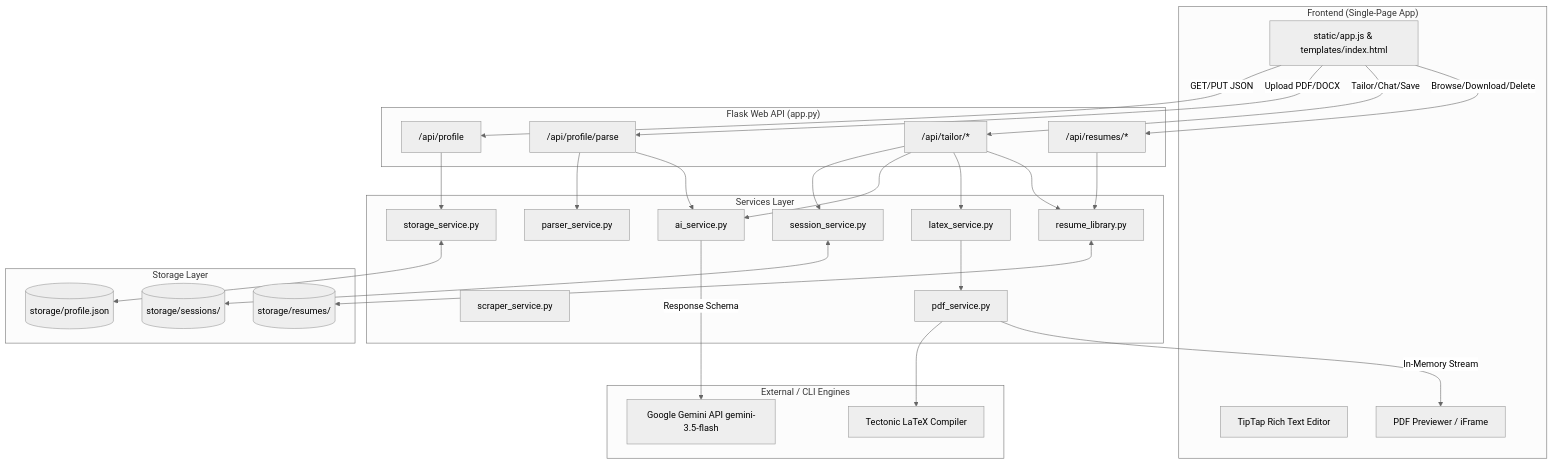
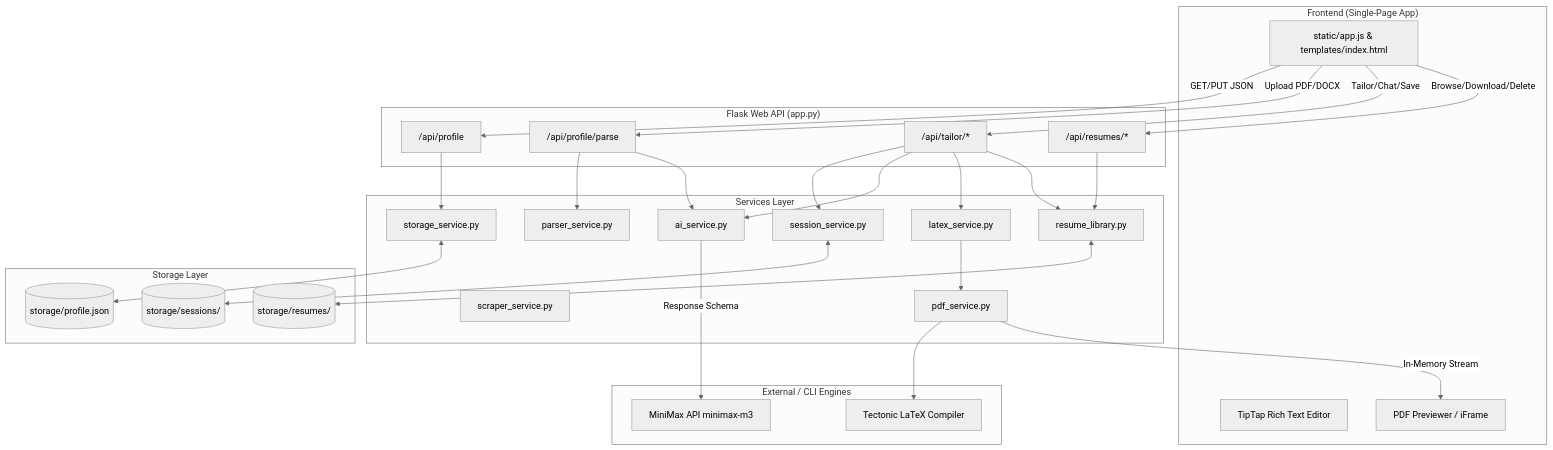
One commit to Hima-11-works/BuildR changed the diagram in HANDOFF.md. Above: the diagram before and after it, drawn with Mermaid (neutral theme). The commit also changed other lines of this file and 1 other file, not shown here.

Commit message:
feat: migrate AI integration from Google Gemini to MiniMax API

````diff
--- a/HANDOFF.md
+++ b/HANDOFF.md
@@ -93,63 +93,63 @@
 ```mermaid
 flowchart TD
     subgraph Frontend ["Frontend (Single-Page App)"]
         UI[static/app.js & templates/index.html]
         TipTap[TipTap Rich Text Editor]
         PDFViewer[PDF Previewer / iFrame]
     end
 
     subgraph API ["Flask Web API (app.py)"]
         ProfileAPI["/api/profile"]
         ParseAPI["/api/profile/parse"]
         TailorAPI["/api/tailor/*"]
         LibraryAPI["/api/resumes/*"]
     end
 
     subgraph Logic ["Services Layer"]
         StorageSvc[storage_service.py]
         AISvc[ai_service.py]
         ParserSvc[parser_service.py]
         ScraperSvc[scraper_service.py]
         LaTeXSvc[latex_service.py]
         PDFSvc[pdf_service.py]
         LibSvc[resume_library.py]
         SessSvc[session_service.py]
     end
 
     subgraph LLM ["External / CLI Engines"]
-        Gemini[Google Gemini API gemini-3.5-flash]
+        MiniMax[MiniMax API minimax-m3]
         Tectonic[Tectonic LaTeX Compiler]
     end
 
     subgraph Disk ["Storage Layer"]
         ProfileJSON[(storage/profile.json)]
         SessionsDir[(storage/sessions/)]
         ResumesDir[(storage/resumes/)]
     end
 
     UI -->|GET/PUT JSON| ProfileAPI
     UI -->|Upload PDF/DOCX| ParseAPI
     UI -->|Tailor/Chat/Save| TailorAPI
     UI -->|Browse/Download/Delete| LibraryAPI
 
     ProfileAPI --> StorageSvc
     StorageSvc <--> ProfileJSON
 
     ParseAPI --> ParserSvc
     ParseAPI --> AISvc
-    AISvc -->|Response Schema| Gemini
+    AISvc -->|Response Schema| MiniMax
 
     TailorAPI --> SessSvc
     TailorAPI --> AISvc
     SessSvc <--> SessionsDir
 
     TailorAPI --> LaTeXSvc
     LaTeXSvc --> PDFSvc
     PDFSvc --> Tectonic
 
     TailorAPI --> LibSvc
     LibraryAPI --> LibSvc
     LibSvc <--> ResumesDir
 
     PDFSvc -->|In-Memory Stream| PDFViewer
 ```
````
